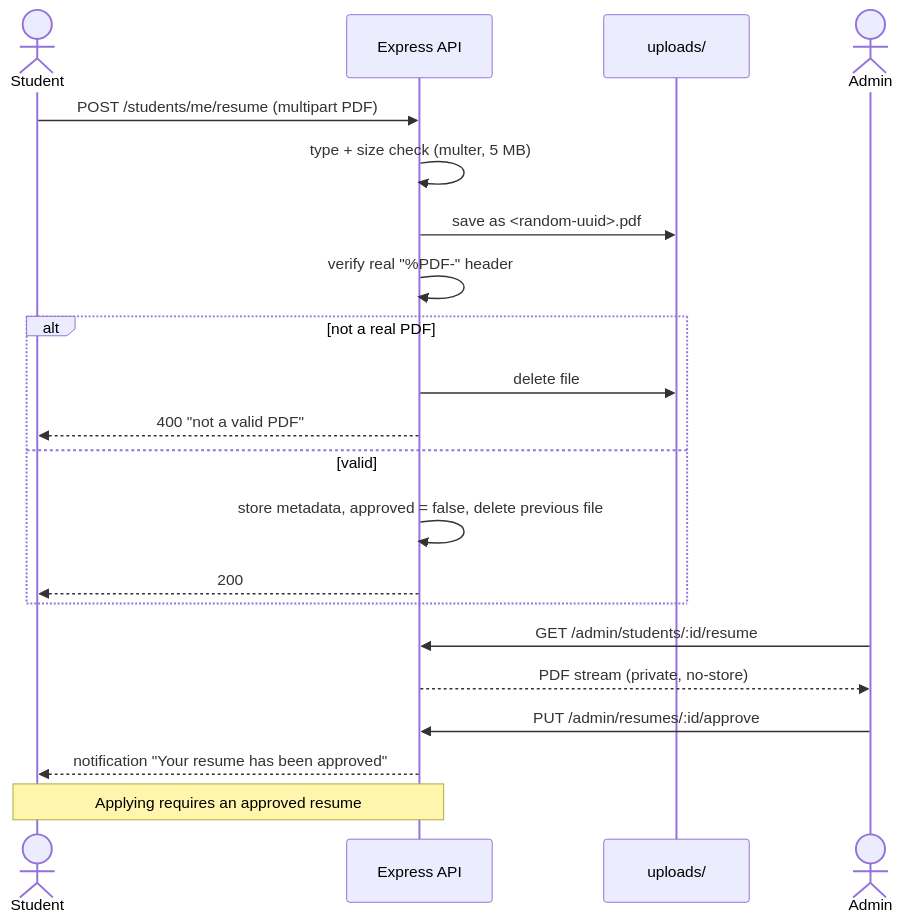
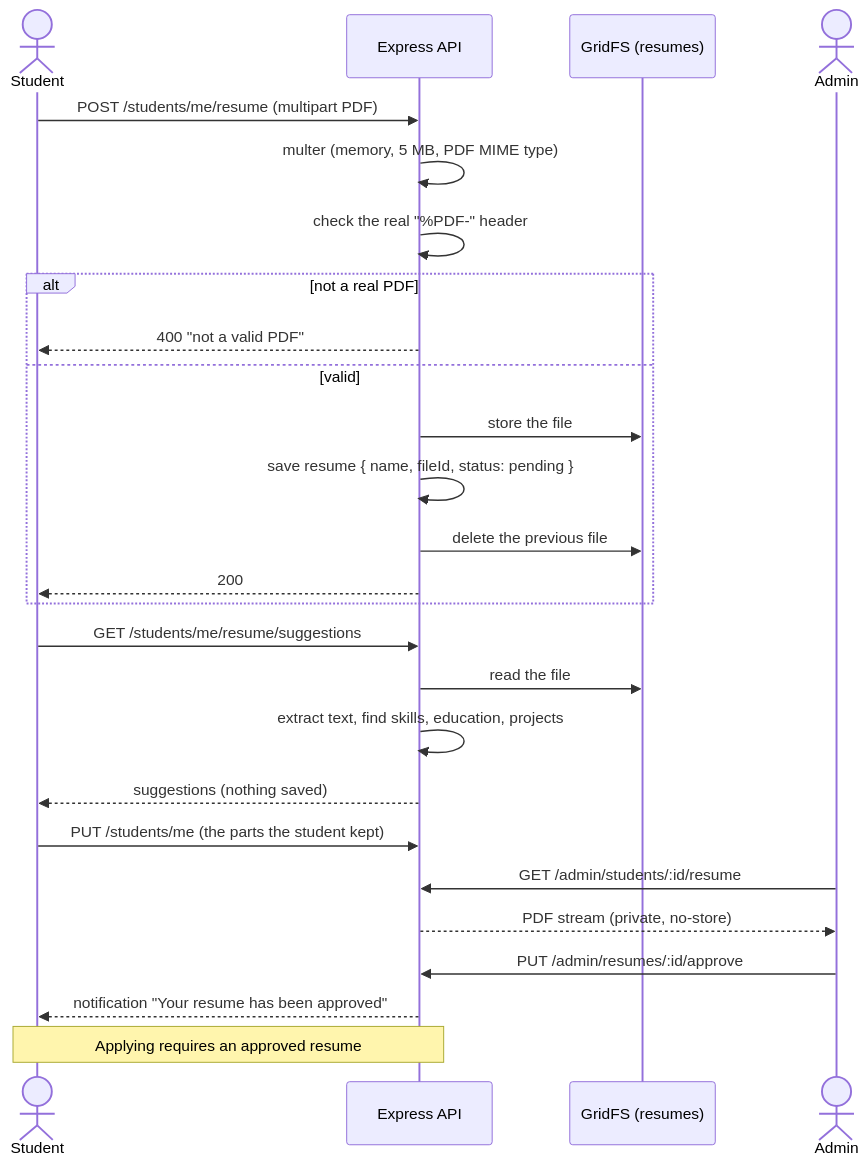
The third of 5 diagrams in docs/ARCHITECTURE.md (UmairBasharti/placement-management-system), drawn with Mermaid before and after one commit. The commit also changed other lines of this file and 7 other files, not shown here.

````diff
--- a/docs/ARCHITECTURE.md
+++ b/docs/ARCHITECTURE.md
@@ -70,23 +76,28 @@
 ```mermaid
 sequenceDiagram
     actor S as Student
     participant API as Express API
-    participant FS as uploads/
+    participant G as GridFS (resumes)
     actor A as Admin
     S->>API: POST /students/me/resume (multipart PDF)
-    API->>API: type + size check (multer, 5 MB)
-    API->>FS: save as <random-uuid>.pdf
-    API->>API: verify real "%PDF-" header
+    API->>API: multer (memory, 5 MB, PDF MIME type)
+    API->>API: check the real "%PDF-" header
     alt not a real PDF
-        API->>FS: delete file
         API-->>S: 400 "not a valid PDF"
     else valid
-        API->>API: store metadata, approved = false, delete previous file
+        API->>G: store the file
+        API->>API: save resume { name, fileId, status: pending }
+        API->>G: delete the previous file
         API-->>S: 200
     end
+    S->>API: GET /students/me/resume/suggestions
+    API->>G: read the file
+    API->>API: extract text, find skills, education, projects
+    API-->>S: suggestions (nothing saved)
+    S->>API: PUT /students/me (the parts the student kept)
     A->>API: GET /admin/students/:id/resume
     API-->>A: PDF stream (private, no-store)
     A->>API: PUT /admin/resumes/:id/approve
     API-->>S: notification "Your resume has been approved"
     Note over S,API: Applying requires an approved resume
 ```
````
